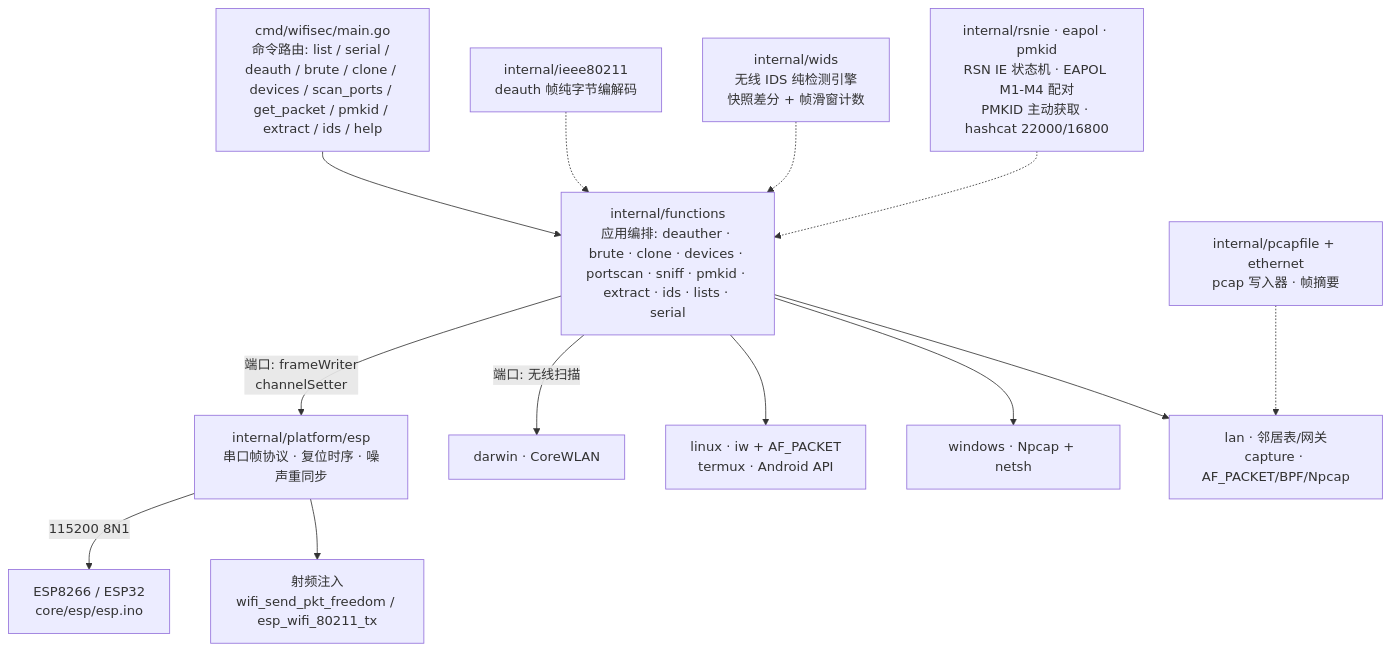
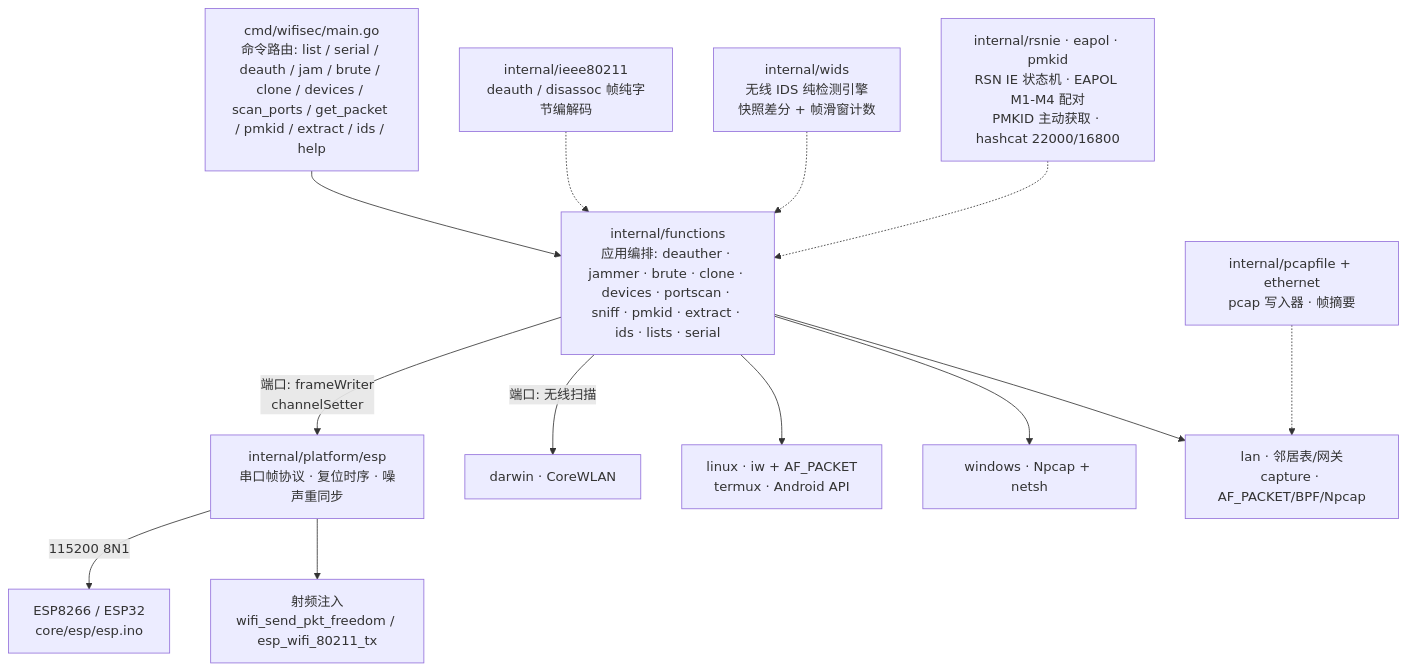
The diagram in README.md (ctkqiang/wifisec), drawn with Mermaid before and after one commit. The commit also changed other lines of this file and 8 other files, not shown here.

````diff
--- a/README.md
+++ b/README.md
@@ -104,15 +104,15 @@
 ```mermaid
 flowchart TB
-    CLI["cmd/wifisec/main.go<br/>命令路由: list / serial / deauth / brute / clone / devices / scan_ports / get_packet / pmkid / extract / ids / help"] --> APP["internal/functions<br/>应用编排: deauther · brute · clone · devices · portscan · sniff · pmkid · extract · ids · lists · serial"]
+    CLI["cmd/wifisec/main.go<br/>命令路由: list / serial / deauth / jam / brute / clone / devices / scan_ports / get_packet / pmkid / extract / ids / help"] --> APP["internal/functions<br/>应用编排: deauther · jammer · brute · clone · devices · portscan · sniff · pmkid · extract · ids · lists · serial"]
     APP -->|"端口: frameWriter<br/>channelSetter"| ESP["internal/platform/esp<br/>串口帧协议 · 复位时序 · 噪声重同步"]
     APP -->|"端口: 无线扫描"| DAR["darwin · CoreWLAN"]
     APP --> LIN["linux · iw + AF_PACKET<br/>termux · Android API"]
     APP --> WIN["windows · Npcap + netsh"]
     APP --> LAN["lan · 邻居表/网关<br/>capture · AF_PACKET/BPF/Npcap"]
     ESP -->|"115200 8N1"| HW["ESP8266 / ESP32<br/>core/esp/esp.ino"]
-    IEEE["internal/ieee80211<br/>deauth 帧纯字节编解码"] -.-> APP
+    IEEE["internal/ieee80211<br/>deauth / disassoc 帧纯字节编解码"] -.-> APP
     PCAP["internal/pcapfile + ethernet<br/>pcap 写入器 · 帧摘要"] -.-> LAN
     WIDS["internal/wids<br/>无线 IDS 纯检测引擎<br/>快照差分 + 帧滑窗计数"] -.-> APP
     PMK["internal/rsnie · eapol · pmkid<br/>RSN IE 状态机 · EAPOL M1-M4 配对<br/>PMKID 主动获取 · hashcat 22000/16800"] -.-> APP
     ESP --> HW2["射频注入<br/>wifi_send_pkt_freedom / esp_wifi_80211_tx"]
 ```
````
